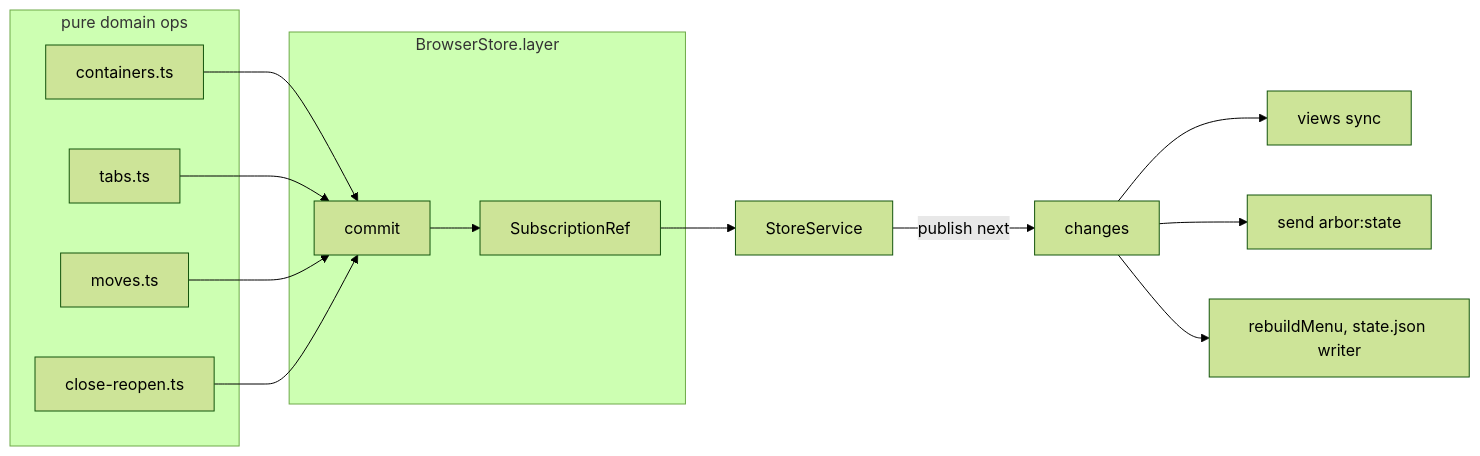
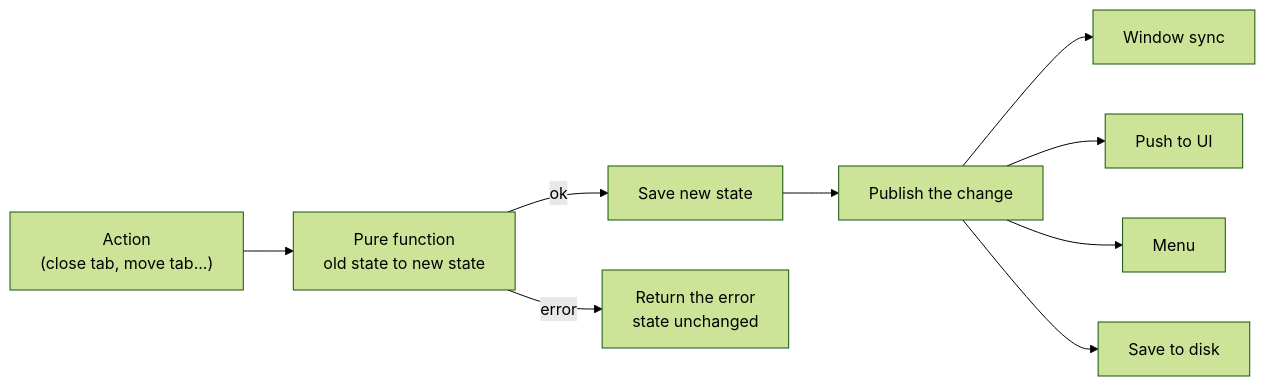
The second of 5 diagrams in docs/architecture/03-store.md (rom100main/arbor), drawn with Mermaid (forest theme) before and after one commit. The commit also changed other lines of this file and 6 other files, not shown here.

````diff
--- a/docs/architecture/03-store.md
+++ b/docs/architecture/03-store.md
@@ -35,29 +17,11 @@
 ```mermaid
 flowchart LR
-    subgraph Ops["pure domain ops"]
-        CC["containers.ts"]
-        TB["tabs.ts"]
-        MV["moves.ts"]
-        CR["close-reopen.ts"]
-    end
-    subgraph Lay["BrowserStore.layer"]
-        REF["SubscriptionRef<DomainState>"]
-        RUN["commit"]
-    end
-    SVC["StoreService"]
-    COM["changes"]
-    OUT1["views sync"]
-    OUT2["send arbor:state"]
-    OUT3["rebuildMenu, state.json writer"]
-
-    CC --> RUN
-    TB --> RUN
-    MV --> RUN
-    CR --> RUN
-    RUN --> REF
-    REF --> SVC
-    SVC -->|"publish next"| COM
-    COM --> OUT1
-    COM --> OUT2
-    COM --> OUT3
+    Action["Action<br/>(close tab, move tab...)"] --> Op["Pure function<br/>old state to new state"]
+    Op -->|"ok"| Save["Save new state"]
+    Op -->|"error"| Fail["Return the error<br/>state unchanged"]
+    Save --> Changes["Publish the change"]
+    Changes --> Sync["Window sync"]
+    Changes --> UI["Push to UI"]
+    Changes --> Menu["Menu"]
+    Changes --> Disk["Save to disk"]
 ```
````
